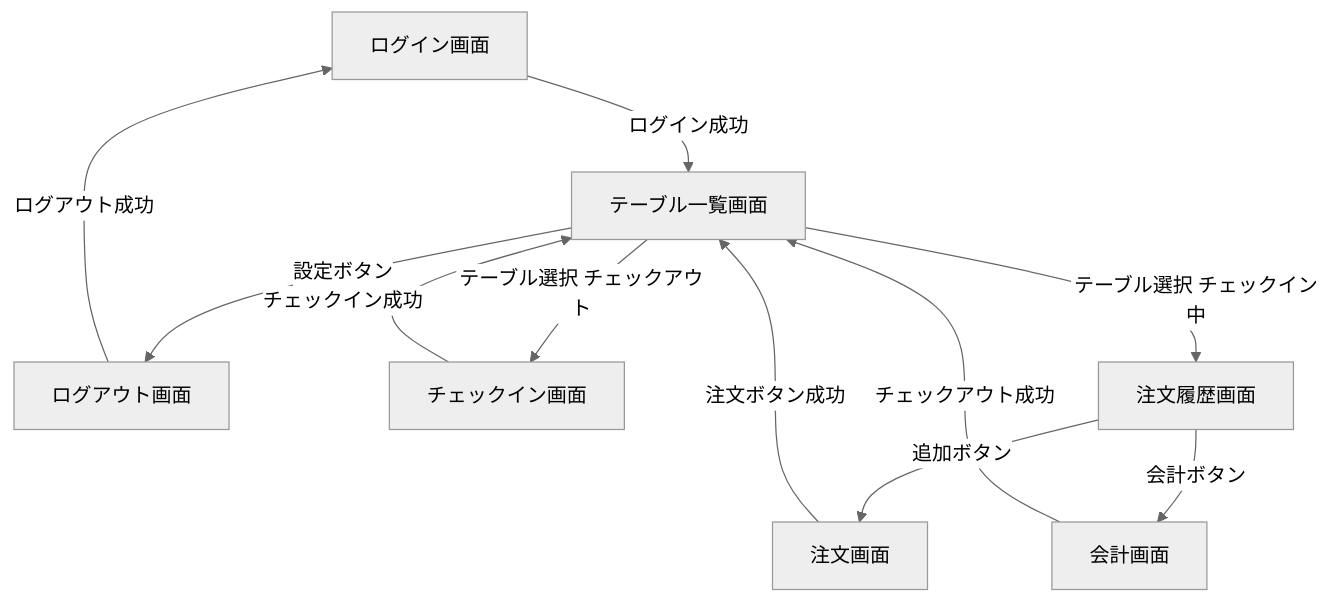
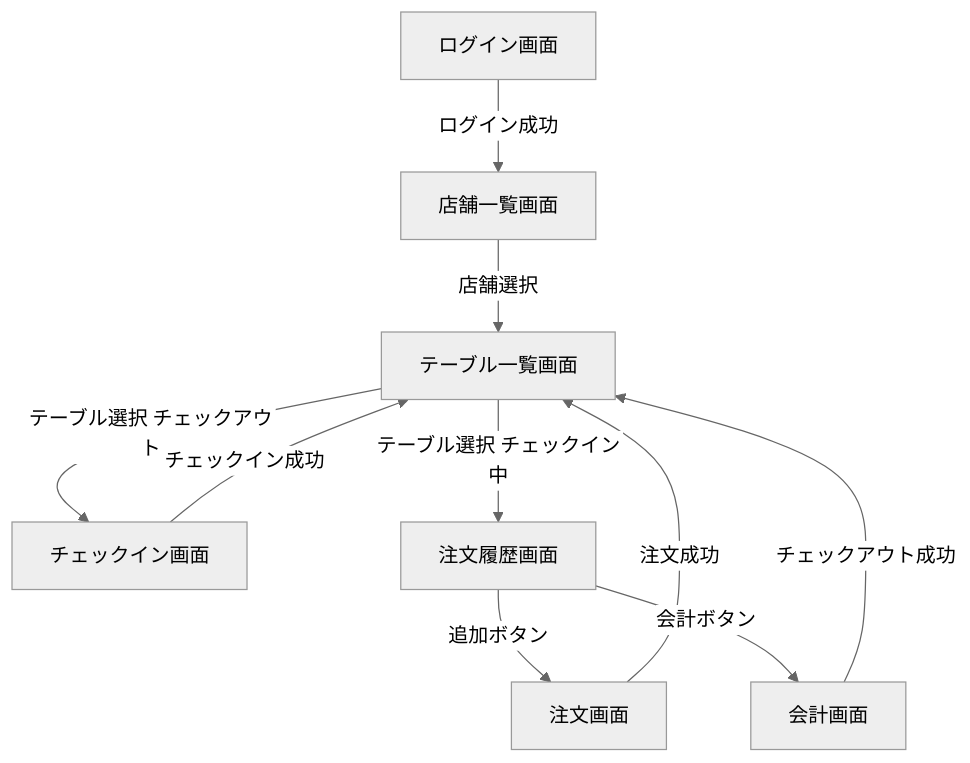
The diagram in docs/画面仕様書.md (iku810/order_app), drawn with Mermaid (neutral theme) before and after one commit. The commit also changed other lines of this file and 16 other files, not shown here.

````diff
--- a/docs/画面仕様書.md
+++ b/docs/画面仕様書.md
@@ -8,21 +8,20 @@
 ```mermaid
 graph TD
     A[ログイン画面]
-    B[テーブル一覧画面]
-    C[ログアウト画面]
+    B[店舗一覧画面]
+    C[テーブル一覧画面]
     D[チェックイン画面]
     E[注文履歴画面]
     F[注文画面]
     G[会計画面]
 
     A -->|ログイン成功| B
-    B -->|設定ボタン| C
-    C -->|ログアウト成功| A
-    B -->|テーブル選択 チェックアウト| D
-    D -->|チェックイン成功| B
-    B -->|テーブル選択 チェックイン中| E
+    B -->|店舗選択| C
+    C -->|テーブル選択 チェックアウト| D
+    D -->|チェックイン成功| C
+    C -->|テーブル選択 チェックイン中| E
     E -->|追加ボタン| F
     E -->|会計ボタン| G
-    F -->|注文ボタン成功| B
-    G -->|チェックアウト成功| B
+    F -->|注文成功| C
+    G -->|チェックアウト成功| C
 ```
````
